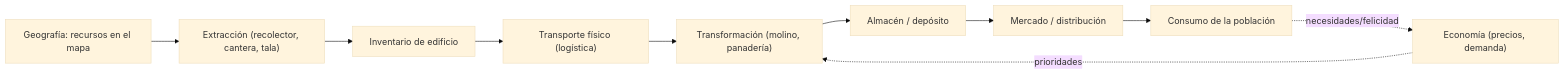
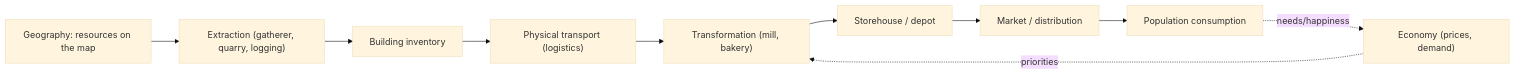
Before and after one commit to guidoalloatti/civilizations-evolution-doc: the second of 4 diagrams in SYSTEM_ARCHITECTURE_MAP.md, drawn with Mermaid (base theme). The commit also changed other lines of this file and 47 other files, not shown here.

````diff
--- a/SYSTEM_ARCHITECTURE_MAP.md
+++ b/SYSTEM_ARCHITECTURE_MAP.md
@@ -126,12 +126,12 @@
 ```mermaid
 flowchart LR
-    GEO["Geografía: recursos en el mapa"] --> EXTR["Extracción (recolector, cantera, tala)"]
-    EXTR --> INV1["Inventario de edificio"]
-    INV1 --> TRANSP["Transporte físico (logística)"]
-    TRANSP --> PROD["Transformación (molino, panadería)"]
-    PROD --> STORE["Almacén / depósito"]
-    STORE --> MKT["Mercado / distribución"]
-    MKT --> POP["Consumo de la población"]
-    POP -. necesidades/felicidad .-> ECO["Economía (precios, demanda)"]
-    ECO -. prioridades .-> PROD
+    GEO["Geography: resources on the map"] --> EXTR["Extraction (gatherer, quarry, logging)"]
+    EXTR --> INV1["Building inventory"]
+    INV1 --> TRANSP["Physical transport (logistics)"]
+    TRANSP --> PROD["Transformation (mill, bakery)"]
+    PROD --> STORE["Storehouse / depot"]
+    STORE --> MKT["Market / distribution"]
+    MKT --> POP["Population consumption"]
+    POP -. needs/happiness .-> ECO["Economy (prices, demand)"]
+    ECO -. priorities .-> PROD
 ```
````
